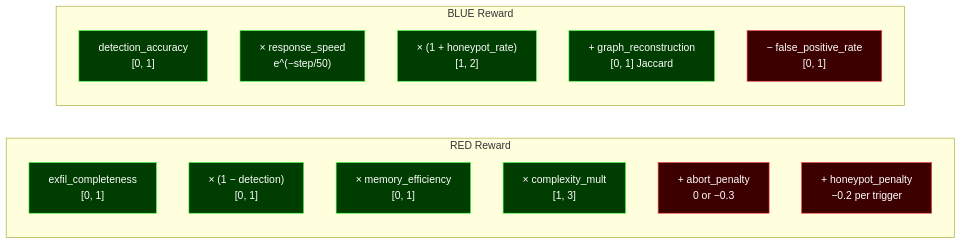
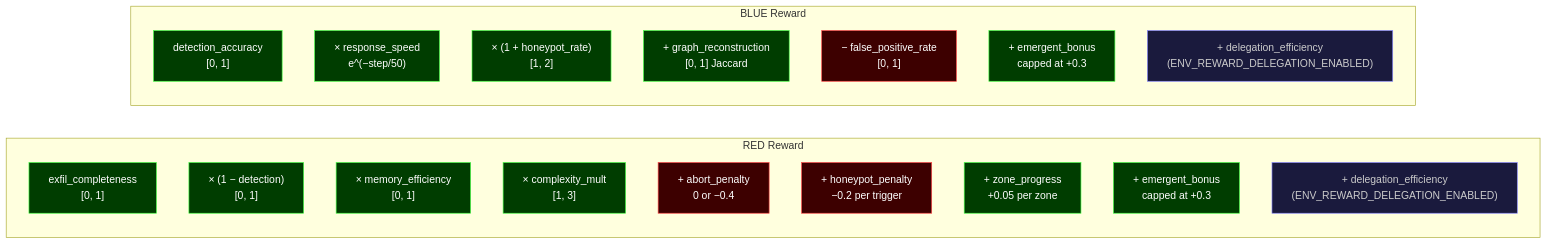
The fourth of 4 diagrams in ARCHI.md (Wolfie8935/CIPHER), drawn with Mermaid before and after one commit. The commit also changed other lines of this file and 33 other files, not shown here.

````diff
--- a/ARCHI.md
+++ b/ARCHI.md
@@ -133,23 +199,29 @@
 ```mermaid
 flowchart LR
     classDef positive fill:#003d00,stroke:#44ff44,color:#fff
     classDef negative fill:#3d0000,stroke:#ff4444,color:#fff
     classDef neutral fill:#0d1a3d,stroke:#4488ff,color:#fff
+    classDef optional fill:#1a1a3d,stroke:#8888ff,color:#ccc
 
     subgraph RED_REWARD["RED Reward"]
         E["exfil_completeness\n[0, 1]"]:::positive
         S["× (1 − detection)\n[0, 1]"]:::positive
         M["× memory_efficiency\n[0, 1]"]:::positive
         C["× complexity_mult\n[1, 3]"]:::positive
-        AP["+ abort_penalty\n0 or −0.3"]:::negative
+        AP["+ abort_penalty\n0 or −0.4"]:::negative
         HP["+ honeypot_penalty\n−0.2 per trigger"]:::negative
+        ZP["+ zone_progress\n+0.05 per zone"]:::positive
+        EB["+ emergent_bonus\ncapped at +0.3"]:::positive
+        DEL["+ delegation_efficiency\n(ENV_REWARD_DELEGATION_ENABLED)"]:::optional
     end
 
     subgraph BLUE_REWARD["BLUE Reward"]
         DA["detection_accuracy\n[0, 1]"]:::positive
         RS["× response_speed\ne^(−step/50)"]:::positive
         HR["× (1 + honeypot_rate)\n[1, 2]"]:::positive
         GR["+ graph_reconstruction\n[0, 1] Jaccard"]:::positive
         FP["− false_positive_rate\n[0, 1]"]:::negative
+        EB2["+ emergent_bonus\ncapped at +0.3"]:::positive
+        DEL2["+ delegation_efficiency\n(ENV_REWARD_DELEGATION_ENABLED)"]:::optional
     end
 ```
````
